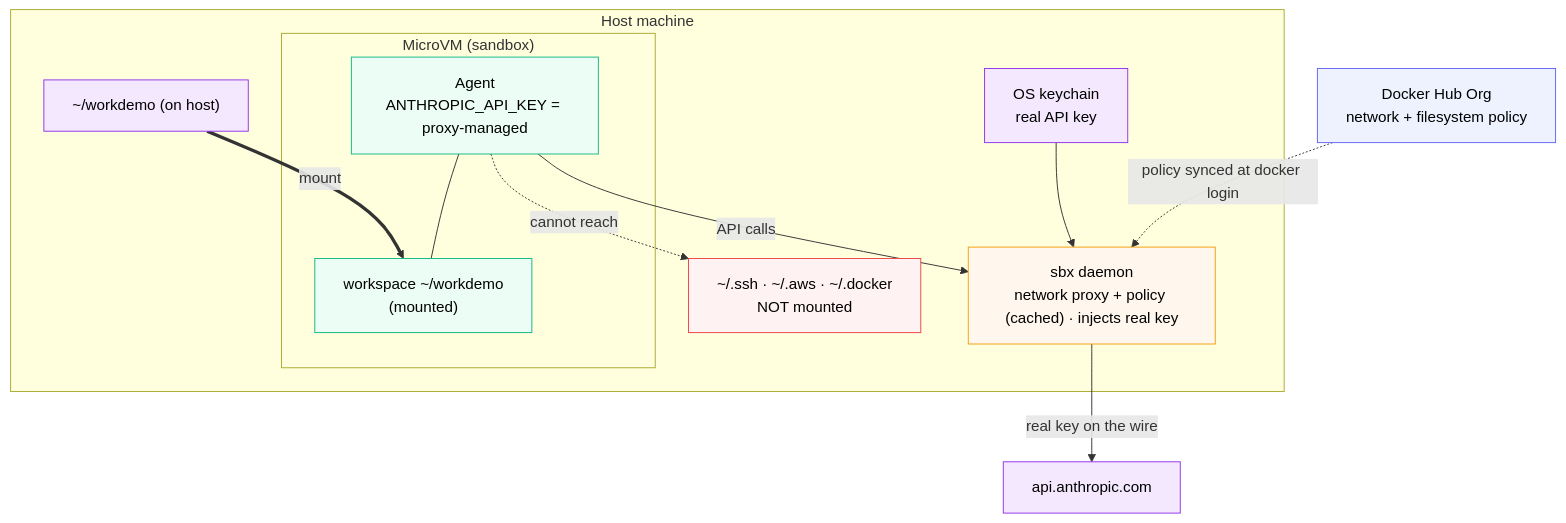
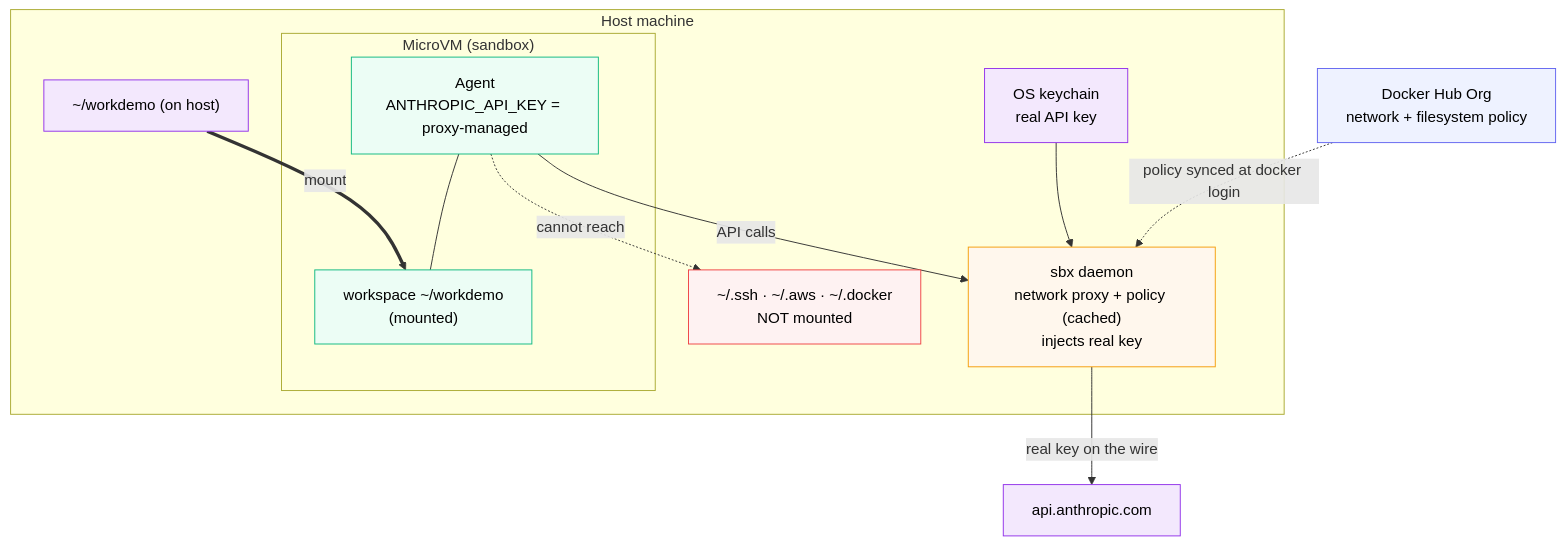
The diagram in labspace/16-sandboxing-the-agent.md (ajeetraina/labspace-docker-ai-governance), drawn with Mermaid before and after one commit. The commit also changed 14 other files, not shown here.

First line of the commit message:
Fix diagram text overflow: wrap long labels, shorten wide subgraph titles

````diff
--- a/labspace/16-sandboxing-the-agent.md
+++ b/labspace/16-sandboxing-the-agent.md
@@ -3,32 +3,32 @@
 ```mermaid
 flowchart TB
     HUB["Docker Hub Org<br/>network + filesystem policy"]
     subgraph HOST["Host machine"]
-        DAEMON["sbx daemon<br/>network proxy + policy (cached) · injects real key"]
+        DAEMON["sbx daemon<br/>network proxy + policy (cached)<br/>injects real key"]
         WORK["~/workdemo (on host)"]
         SECRETS["~/.ssh · ~/.aws · ~/.docker<br/>NOT mounted"]
         KEY["OS keychain<br/>real API key"]
         subgraph VM["MicroVM (sandbox)"]
             AGENT["Agent<br/>ANTHROPIC_API_KEY = proxy-managed"]
             WS["workspace ~/workdemo<br/>(mounted)"]
             AGENT --- WS
         end
     end
     HUB -. "policy synced at docker login" .-> DAEMON
     WORK == "mount" ==> WS
     AGENT -. "cannot reach" .-> SECRETS
     AGENT -- "API calls" --> DAEMON
     KEY --> DAEMON
     DAEMON -- "real key on the wire" --> ANTHROPIC["api.anthropic.com"]
 
     classDef hub fill:#eef2ff,stroke:#6366f1,color:#000
     classDef vm fill:#ecfdf5,stroke:#10b981,color:#000
     classDef pol fill:#fff7ed,stroke:#f59e0b,color:#000
     classDef deny fill:#fef2f2,stroke:#ef4444,color:#000
     classDef key fill:#f3e8fd,stroke:#9333ea,color:#000
     class HUB hub
     class AGENT,WS vm
     class DAEMON pol
     class SECRETS deny
     class KEY,ANTHROPIC,WORK key
 ```
````
